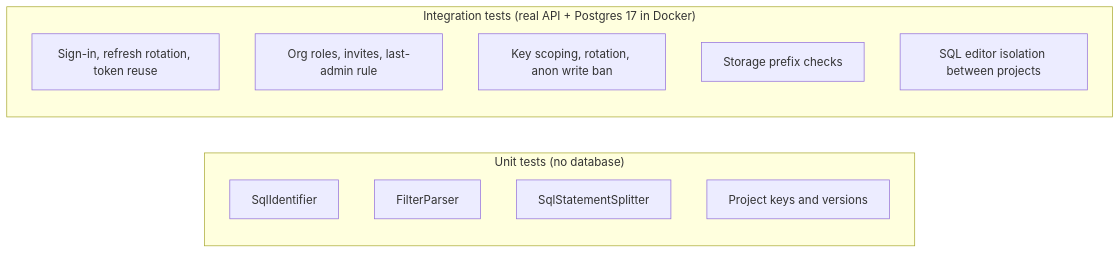
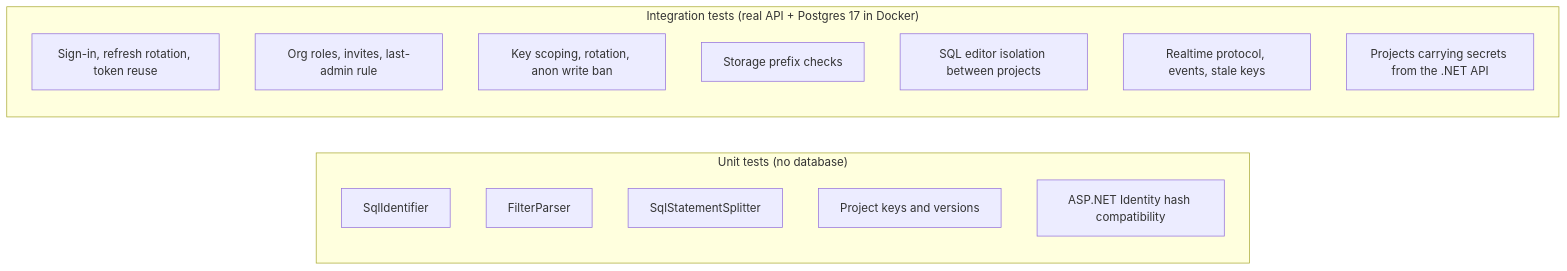
Before and after one commit to Ridzzz0Alam/supavolt: diagram 12 of 12 in README.md, drawn with Mermaid. The commit also changed other lines of this file and 8 other files, not shown here.

````diff
--- a/README.md
+++ b/README.md
@@ -666,16 +646,19 @@
 ```mermaid
 flowchart LR
     subgraph Unit["Unit tests (no database)"]
         u1[SqlIdentifier]
         u2[FilterParser]
         u3[SqlStatementSplitter]
         u4[Project keys and versions]
+        u5[ASP.NET Identity hash compatibility]
     end
     subgraph Integration["Integration tests (real API + Postgres 17 in Docker)"]
         i1[Sign-in, refresh rotation, token reuse]
         i2[Org roles, invites, last-admin rule]
         i3[Key scoping, rotation, anon write ban]
         i4[Storage prefix checks]
         i5[SQL editor isolation between projects]
+        i6[Realtime protocol, events, stale keys]
+        i7[Projects carrying secrets from the .NET API]
     end
 ```
````
